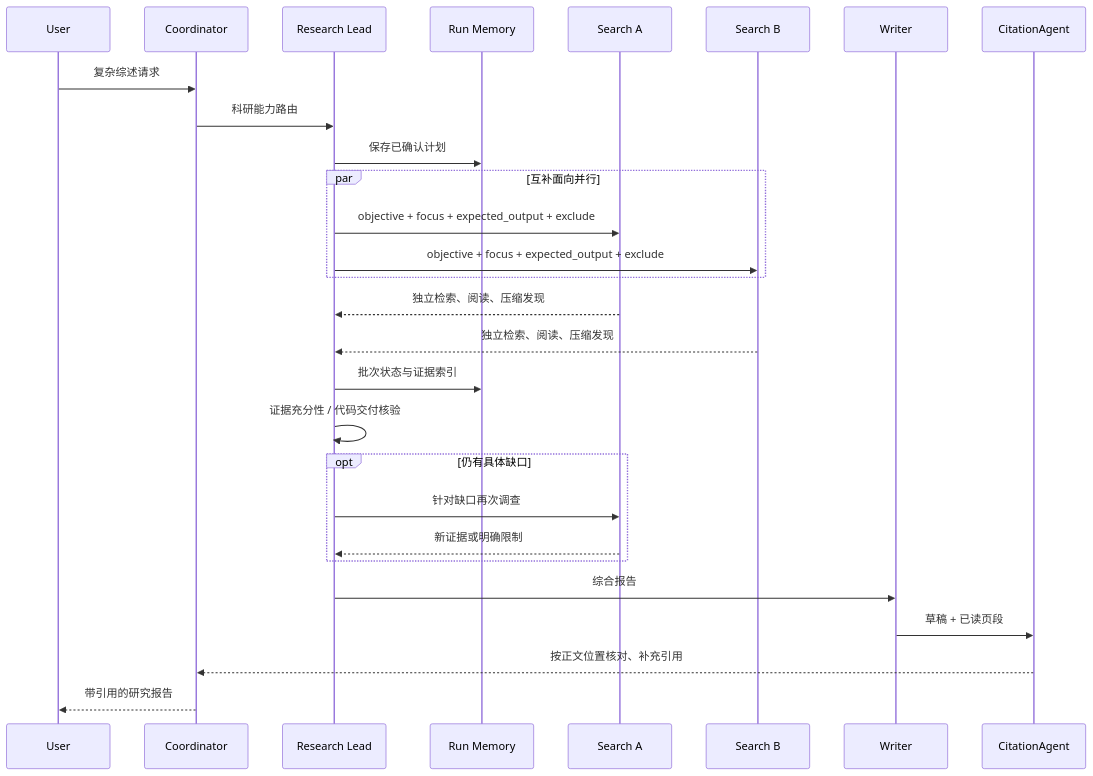
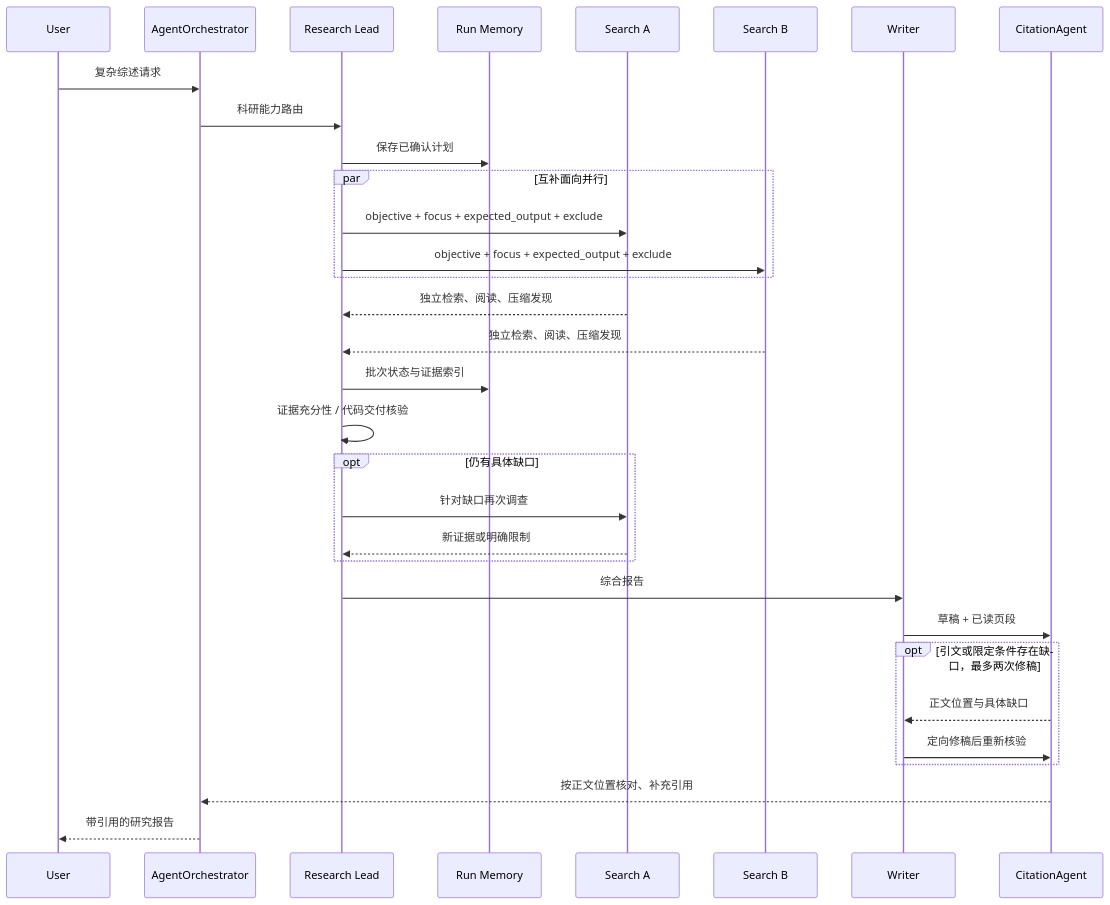
The second of 2 diagrams in docs/anthropic-research-alignment.md (blurryface13/asteria-agent), drawn with Mermaid before and after one commit. The commit also changed other lines of this file and 28 other files, not shown here.

````diff
--- a/docs/anthropic-research-alignment.md
+++ b/docs/anthropic-research-alignment.md
@@ -26,30 +27,34 @@
 ```mermaid
 sequenceDiagram
   participant U as User
-  participant C as Coordinator
+  participant C as AgentOrchestrator
   participant L as Research Lead
   participant M as Run Memory
   participant A as Search A
   participant B as Search B
   participant W as Writer
   participant X as CitationAgent
   U->>C: 复杂综述请求
   C->>L: 科研能力路由
   L->>M: 保存已确认计划
   par 互补面向并行
     L->>A: objective + focus + expected_output + exclude
     L->>B: objective + focus + expected_output + exclude
   end
   A-->>L: 独立检索、阅读、压缩发现
   B-->>L: 独立检索、阅读、压缩发现
   L->>M: 批次状态与证据索引
   L->>L: 证据充分性 / 代码交付核验
   opt 仍有具体缺口
     L->>A: 针对缺口再次调查
     A-->>L: 新证据或明确限制
   end
   L->>W: 综合报告
   W->>X: 草稿 + 已读页段
+  opt 引文或限定条件存在缺口，最多两次修稿
+    X-->>W: 正文位置与具体缺口
+    W->>X: 定向修稿后重新核验
+  end
   X-->>C: 按正文位置核对、补充引用
   C-->>U: 带引用的研究报告
 ```
````
